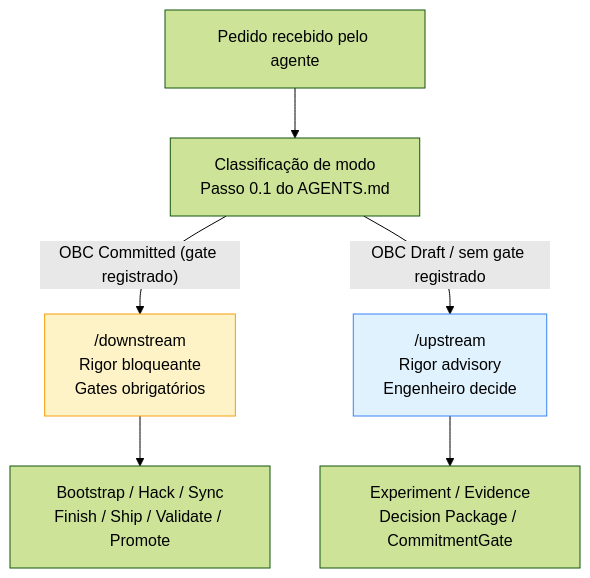
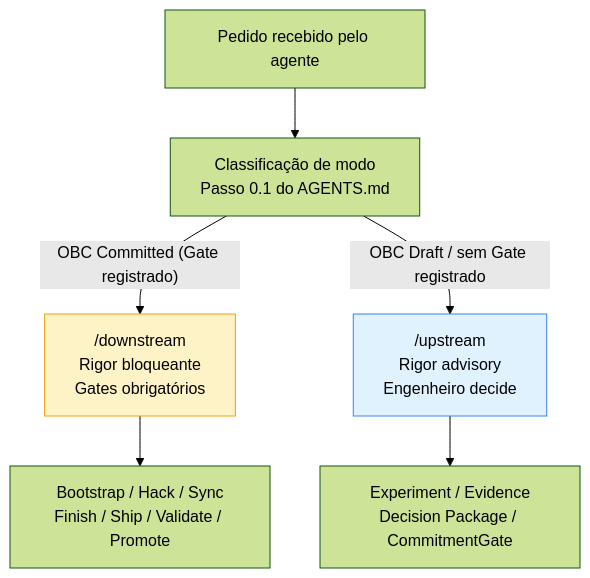
One commit to produtoreativo/from-intent-to-outcome changed the diagram in capitulo-10.md. Above: the diagram before and after it, drawn with Mermaid (forest theme). The commit also changed other lines of this file and 22 other files, not shown here.

First line of the commit message:
fix(terminology): capitaliza Gate/Gates como termo técnico em todo o livro (PT + EN)

````diff
--- a/capitulo-10.md
+++ b/capitulo-10.md
@@ -67,11 +67,11 @@
 ```mermaid
 graph TD
     REQ["Pedido recebido pelo agente"] --> CLASS["Classificação de modo\nPasso 0.1 do AGENTS.md"]
-    CLASS -->|"OBC Committed (gate registrado)"| DS["/downstream\nRigor bloqueante\nGates obrigatórios"]
-    CLASS -->|"OBC Draft / sem gate registrado"| US["/upstream\nRigor advisory\nEngenheiro decide"]
+    CLASS -->|"OBC Committed (Gate registrado)"| DS["/downstream\nRigor bloqueante\nGates obrigatórios"]
+    CLASS -->|"OBC Draft / sem Gate registrado"| US["/upstream\nRigor advisory\nEngenheiro decide"]
     DS --> SKILLS_DS["Bootstrap / Hack / Sync\nFinish / Ship / Validate / Promote"]
     US --> SKILLS_US["Experiment / Evidence\nDecision Package / CommitmentGate"]
 
     style DS fill:#FEF3C7,stroke:#F59E0B
     style US fill:#E0F2FE,stroke:#3B82F6
 ```
````
